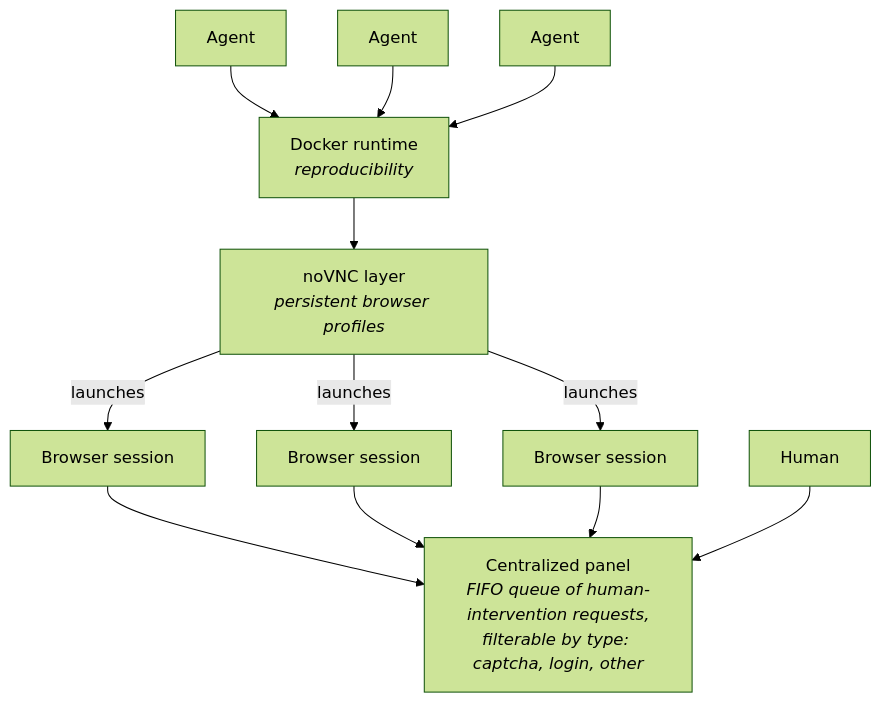
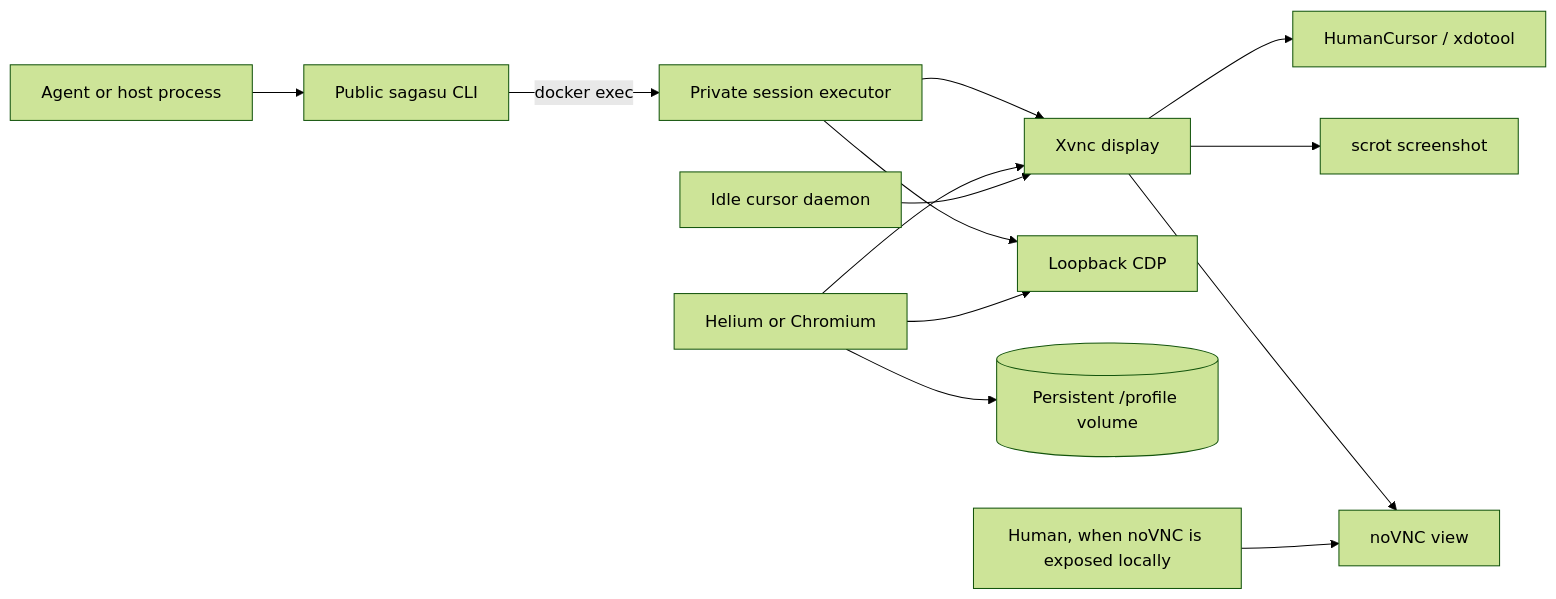
One commit to Benjabeans/sagasu changed the diagram in README.md. Above: the diagram before and after it, drawn with Mermaid (forest theme). The commit also changed other lines of this file, not shown here.

````diff
--- a/README.md
+++ b/README.md
@@ -25,15 +66,15 @@
 ```mermaid
-flowchart TB
-    A1[Agent] --> D
-    A2[Agent] --> D
-    A3[Agent] --> D
-    D[Docker runtime<br/><i>reproducibility</i>] --> N
-    N[noVNC layer<br/><i>persistent browser profiles</i>] -- launches --> B1[Browser session]
-    N -- launches --> B2[Browser session]
-    N -- launches --> B3[Browser session]
-    B1 --> P
-    B2 --> P
-    B3 --> P
-    P[Centralized panel<br/><i>FIFO queue of human-intervention requests,<br/>filterable by type: captcha, login, other</i>]
-    H[Human] --> P
+flowchart LR
+    A[Agent or host process] --> C[Public sagasu CLI]
+    C -->|docker exec| E[Private session executor]
+    E --> X[Xvnc display]
+    E --> D[Loopback CDP]
+    X --> H[HumanCursor / xdotool]
+    X --> S[scrot screenshot]
+    X --> V[noVNC view]
+    B[Helium or Chromium] --> X
+    B --> D
+    B --> P[(Persistent /profile volume)]
+    I[Idle cursor daemon] --> X
+    U[Human, when noVNC is exposed locally] --> V
 ```
````
